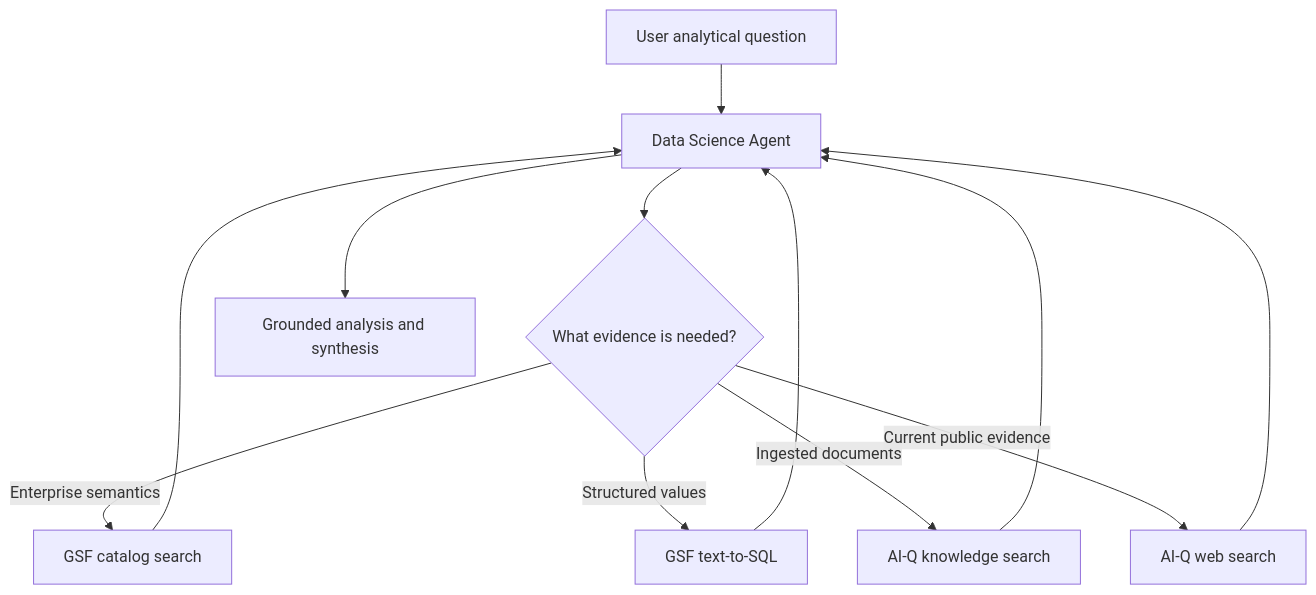
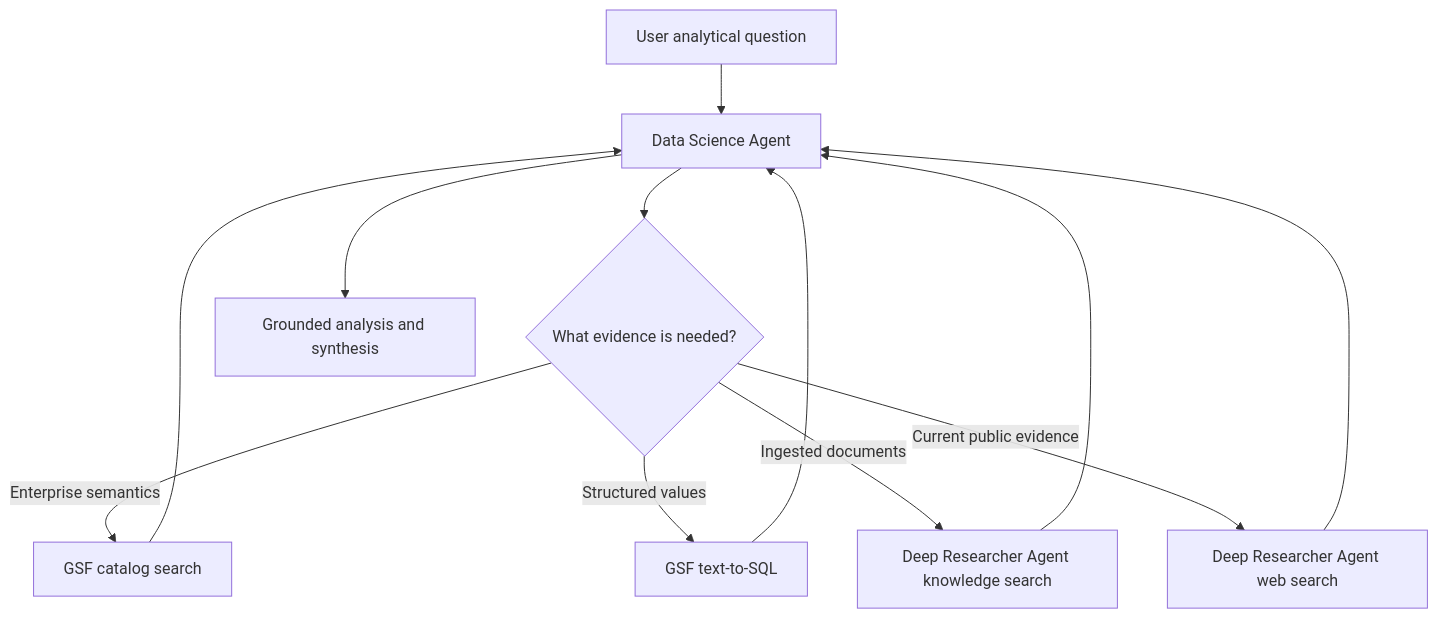
One commit to NVIDIA-AI-Blueprints/deep-researcher-agent changed the diagram in docs/source/architecture/agents/data-science-agent.md. Above: the diagram before and after it, drawn with Mermaid. The commit also changed other lines of this file and 988 other files, not shown here.

First line of the commit message:
chore: update repository references for rename to deep-researcher-agent (#491)

````diff
--- a/docs/source/architecture/agents/data-science-agent.md
+++ b/docs/source/architecture/agents/data-science-agent.md
@@ -43,14 +43,14 @@
 ```mermaid
 graph TD
     A[User analytical question] --> B[Data Science Agent]
     B --> C{What evidence is needed?}
     C -->|Enterprise semantics| D[GSF catalog search]
     C -->|Structured values| E[GSF text-to-SQL]
-    C -->|Ingested documents| F[AI-Q knowledge search]
-    C -->|Current public evidence| G[AI-Q web search]
+    C -->|Ingested documents| F[Deep Researcher Agent knowledge search]
+    C -->|Current public evidence| G[Deep Researcher Agent web search]
     D --> B
     E --> B
     F --> B
     G --> B
     B --> H[Grounded analysis and synthesis]
 ```
````
